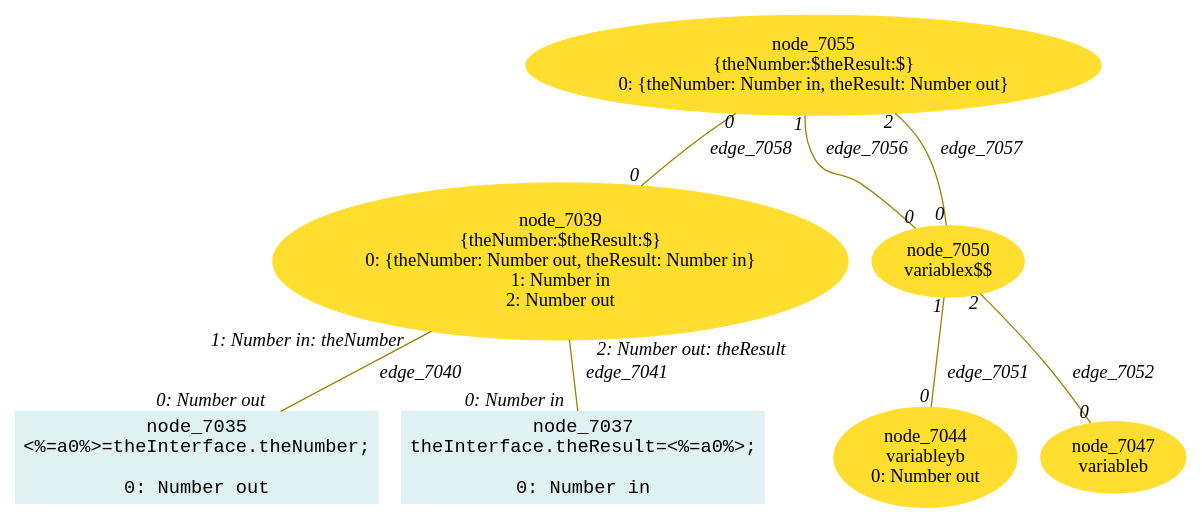
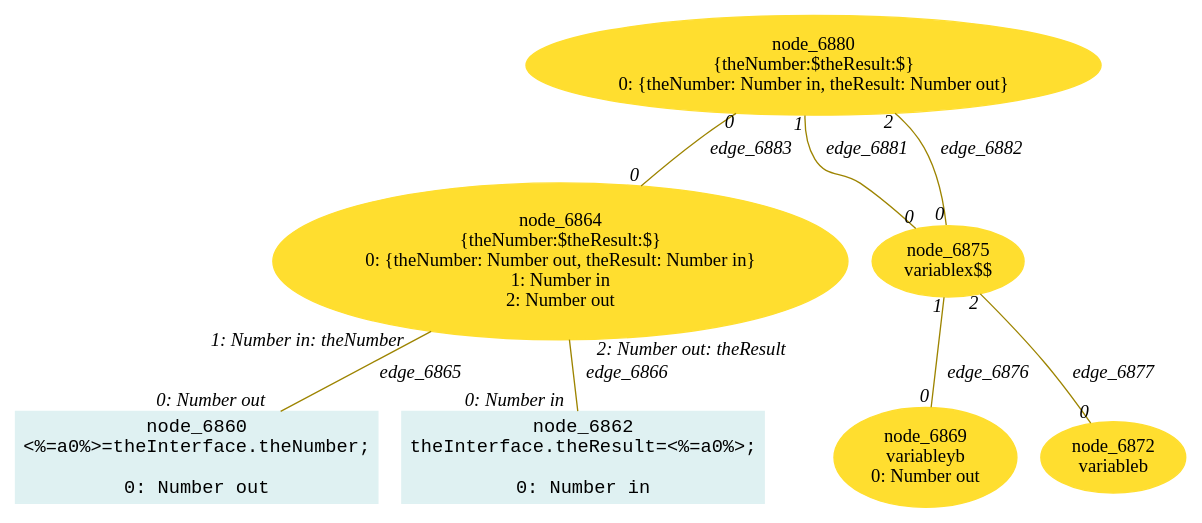
One commit to crubier/lidl changed the diagram in lidl-core/example/ok/referentialTransparency/dot/13referentialTransparencyInstances1.dot. Above: the diagram before and after it, drawn with Graphviz. The commit also changed 1179 other files, not shown here.

```diff
--- a/lidl-core/example/ok/referentialTransparency/dot/13referentialTransparencyInstances1.dot
+++ b/lidl-core/example/ok/referentialTransparency/dot/13referentialTransparencyInstances1.dot
@@ -1,33 +1,33 @@
-digraph g{node_7035 [shape="box", style="filled", color="#dff1f2", fontname="Courier", label="node_7035
+digraph g{node_6860 [shape="box", style="filled", color="#dff1f2", fontname="Courier", label="node_6860
 <%=a0%>=theInterface.theNumber;
 
 0: Number out" ]
-node_7037 [shape="box", style="filled", color="#dff1f2", fontname="Courier", label="node_7037
+node_6862 [shape="box", style="filled", color="#dff1f2", fontname="Courier", label="node_6862
 theInterface.theResult=<%=a0%>;
 
 0: Number in" ]
-node_7039 [shape="ellipse", style="filled", color="#ffde2f", fontname="Times", label="node_7039
+node_6864 [shape="ellipse", style="filled", color="#ffde2f", fontname="Times", label="node_6864
 {theNumber:$theResult:$}
 0: {theNumber: Number out, theResult: Number in}
 1: Number in
 2: Number out" ]
-node_7044 [shape="ellipse", style="filled", color="#ffde2f", fontname="Times", label="node_7044
+node_6869 [shape="ellipse", style="filled", color="#ffde2f", fontname="Times", label="node_6869
 variableyb
 0: Number out" ]
-node_7047 [shape="ellipse", style="filled", color="#ffde2f", fontname="Times", label="node_7047
+node_6872 [shape="ellipse", style="filled", color="#ffde2f", fontname="Times", label="node_6872
 variableb
 " ]
-node_7050 [shape="ellipse", style="filled", color="#ffde2f", fontname="Times", label="node_7050
+node_6875 [shape="ellipse", style="filled", color="#ffde2f", fontname="Times", label="node_6875
 variablex$$
 " ]
-node_7055 [shape="ellipse", style="filled", color="#ffde2f", fontname="Times", label="node_7055
+node_6880 [shape="ellipse", style="filled", color="#ffde2f", fontname="Times", label="node_6880
 {theNumber:$theResult:$}
 0: {theNumber: Number in, theResult: Number out}" ]
-node_7039 -> node_7035 [dir=none, arrowHead=none, fontname="Times-Italic", arrowsize=1, color="#9d8400", label="edge_7040",  headlabel="0: Number out", taillabel="1: Number in: theNumber" ]
-node_7039 -> node_7037 [dir=none, arrowHead=none, fontname="Times-Italic", arrowsize=1, color="#9d8400", label="edge_7041",  headlabel="0: Number in", taillabel="2: Number out: theResult" ]
-node_7050 -> node_7044 [dir=none, arrowHead=none, fontname="Times-Italic", arrowsize=1, color="#9d8400", label="edge_7051",  headlabel="0", taillabel="1" ]
-node_7050 -> node_7047 [dir=none, arrowHead=none, fontname="Times-Italic", arrowsize=1, color="#9d8400", label="edge_7052",  headlabel="0", taillabel="2" ]
-node_7055 -> node_7050 [dir=none, arrowHead=none, fontname="Times-Italic", arrowsize=1, color="#9d8400", label="edge_7056",  headlabel="0", taillabel="1" ]
-node_7055 -> node_7050 [dir=none, arrowHead=none, fontname="Times-Italic", arrowsize=1, color="#9d8400", label="edge_7057",  headlabel="0", taillabel="2" ]
-node_7055 -> node_7039 [dir=none, arrowHead=none, fontname="Times-Italic", arrowsize=1, color="#9d8400", label="edge_7058",  headlabel="0", taillabel="0" ]
+node_6864 -> node_6860 [dir=none, arrowHead=none, fontname="Times-Italic", arrowsize=1, color="#9d8400", label="edge_6865",  headlabel="0: Number out", taillabel="1: Number in: theNumber" ]
+node_6864 -> node_6862 [dir=none, arrowHead=none, fontname="Times-Italic", arrowsize=1, color="#9d8400", label="edge_6866",  headlabel="0: Number in", taillabel="2: Number out: theResult" ]
+node_6875 -> node_6869 [dir=none, arrowHead=none, fontname="Times-Italic", arrowsize=1, color="#9d8400", label="edge_6876",  headlabel="0", taillabel="1" ]
+node_6875 -> node_6872 [dir=none, arrowHead=none, fontname="Times-Italic", arrowsize=1, color="#9d8400", label="edge_6877",  headlabel="0", taillabel="2" ]
+node_6880 -> node_6875 [dir=none, arrowHead=none, fontname="Times-Italic", arrowsize=1, color="#9d8400", label="edge_6881",  headlabel="0", taillabel="1" ]
+node_6880 -> node_6875 [dir=none, arrowHead=none, fontname="Times-Italic", arrowsize=1, color="#9d8400", label="edge_6882",  headlabel="0", taillabel="2" ]
+node_6880 -> node_6864 [dir=none, arrowHead=none, fontname="Times-Italic", arrowsize=1, color="#9d8400", label="edge_6883",  headlabel="0", taillabel="0" ]
 }
```
